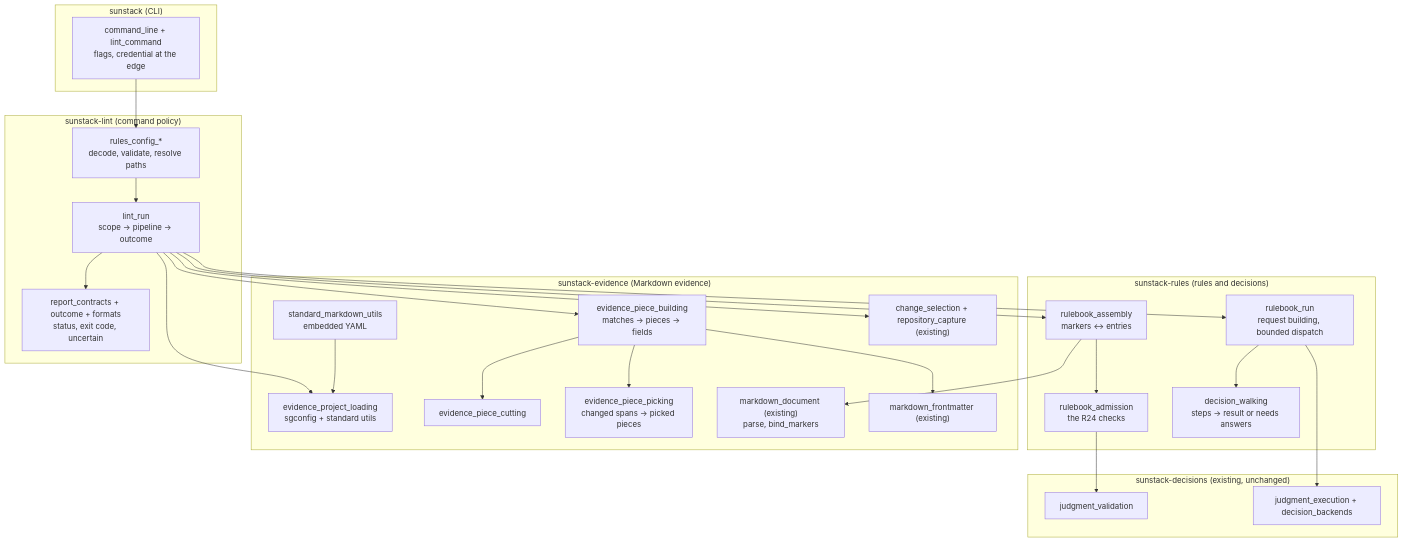
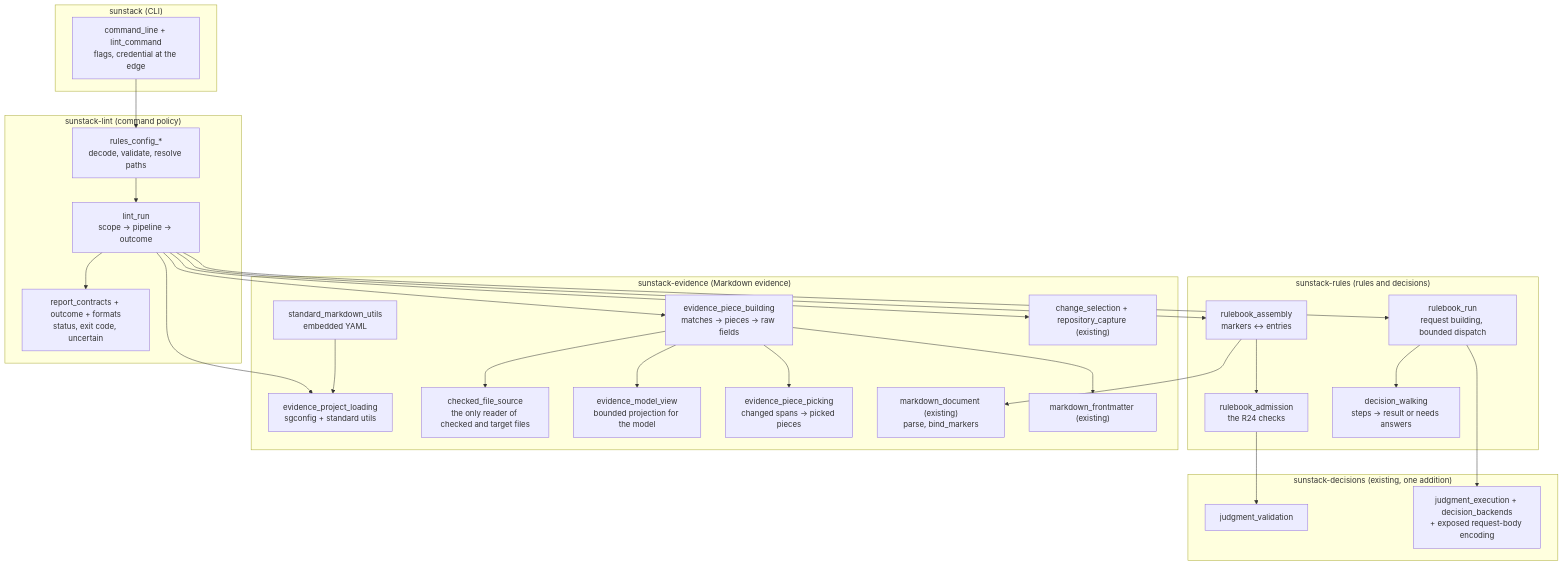
Before and after one commit to ShravanSunder/sunstack-tools: the first of 2 diagrams in docs/specs/2026-10-29-skill-rules-evidence-and-decisions/program-design.md, drawn with Mermaid. The commit also changed other lines of this file and 2 other files, not shown here.

````diff
--- a/docs/specs/2026-10-29-skill-rules-evidence-and-decisions/program-design.md
+++ b/docs/specs/2026-10-29-skill-rules-evidence-and-decisions/program-design.md
@@ -9,44 +9,46 @@
 ```mermaid
 flowchart TB
   subgraph cli["sunstack (CLI)"]
     cmd["command_line + lint_command<br/>flags, credential at the edge"]
   end
   subgraph lint["sunstack-lint (command policy)"]
     cfg["rules_config_*<br/>decode, validate, resolve paths"]
     run["lint_run<br/>scope → pipeline → outcome"]
     rep["report_contracts + outcome + formats<br/>status, exit code, uncertain"]
   end
   subgraph rules["sunstack-rules (rules and decisions)"]
     asm["rulebook_assembly<br/>markers ↔ entries"]
     adm["rulebook_admission<br/>the R24 checks"]
     walk["decision_walking<br/>steps → result or needs answers"]
     exe["rulebook_run<br/>request building, bounded dispatch"]
   end
   subgraph evidence["sunstack-evidence (Markdown evidence)"]
     proj["evidence_project_loading<br/>sgconfig + standard utils"]
     std["standard_markdown_utils<br/>embedded YAML"]
-    build["evidence_piece_building<br/>matches → pieces → fields"]
-    cut["evidence_piece_cutting"]
+    src["checked_file_source<br/>the only reader of checked and target files"]
+    build["evidence_piece_building<br/>matches → pieces → raw fields"]
+    cut["evidence_model_view<br/>bounded projection for the model"]
     pick["evidence_piece_picking<br/>changed spans → picked pieces"]
     md["markdown_document (existing)<br/>parse, bind_markers"]
     fm["markdown_frontmatter (existing)"]
     chg["change_selection + repository_capture (existing)"]
   end
-  subgraph decisions["sunstack-decisions (existing, unchanged)"]
+  subgraph decisions["sunstack-decisions (existing, one addition)"]
     jv["judgment_validation"]
-    je["judgment_execution + decision_backends"]
+    je["judgment_execution + decision_backends<br/>+ exposed request-body encoding"]
   end
   cmd --> cfg --> run
   run --> proj
   std --> proj
   run --> asm --> adm
   asm --> md
   adm --> jv
   run --> chg
   run --> build --> cut
+  build --> src
   build --> fm
   build --> pick
   run --> exe --> walk
   exe --> je
   run --> rep
 ```
````
